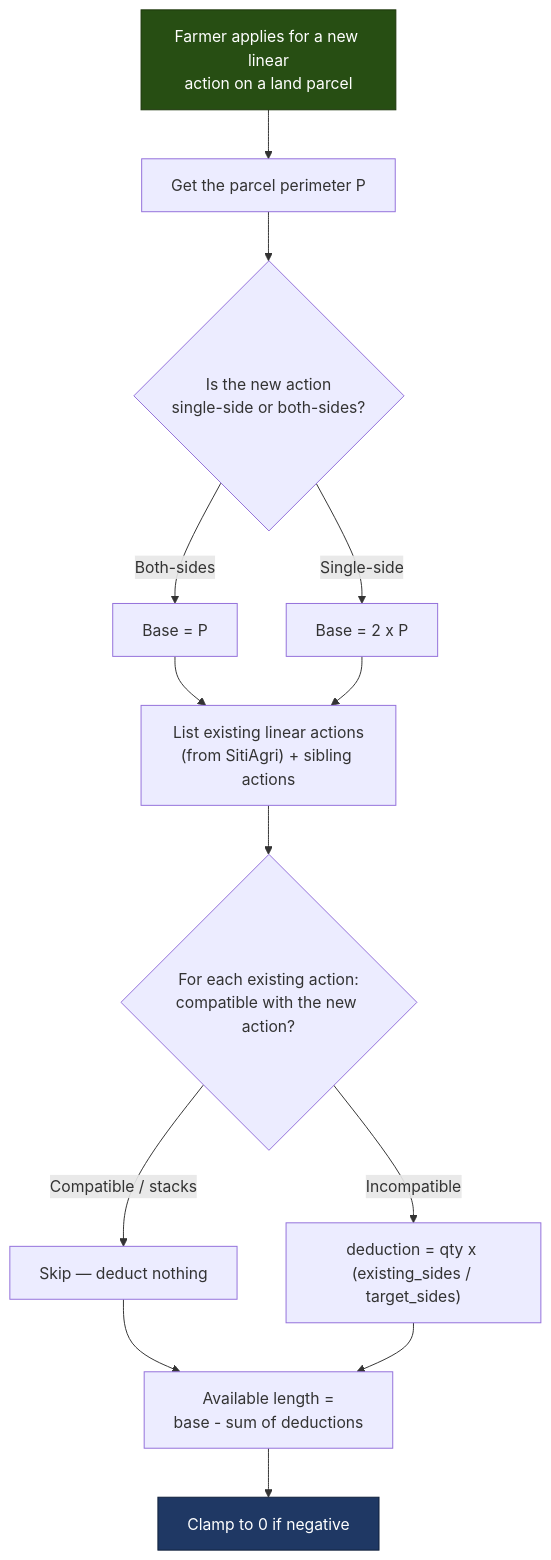
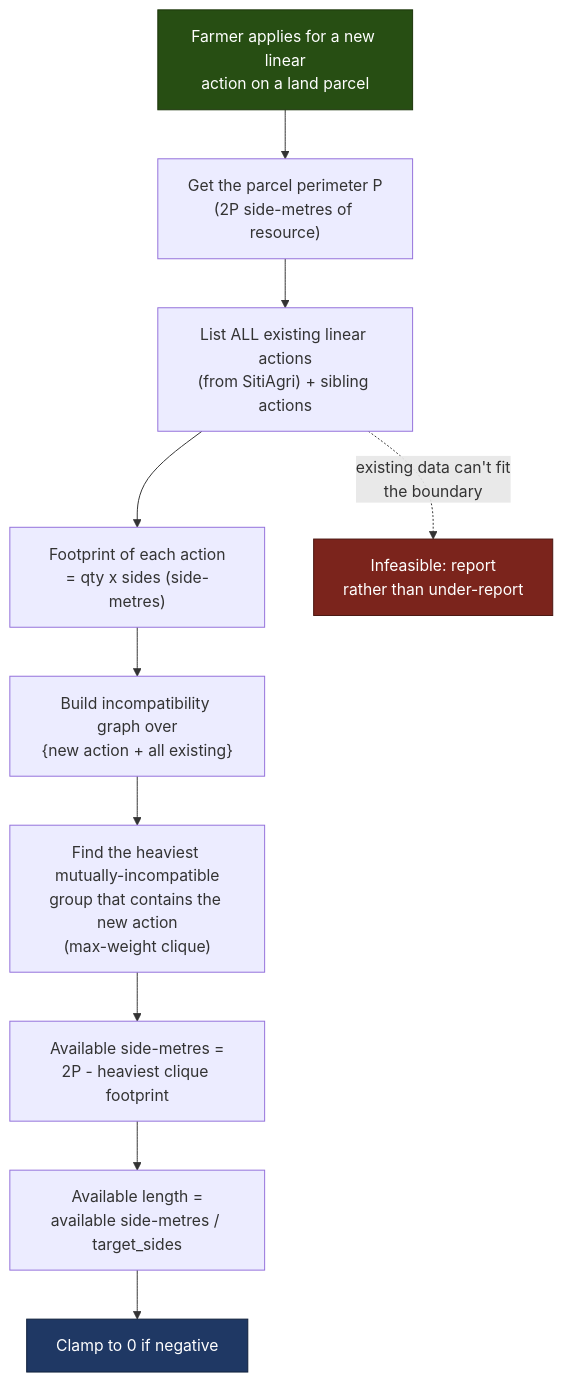
One commit to DEFRA/land-grants-api changed the diagram in docs/available-length-calculation/alc-explained.md. Above: the diagram before and after it, drawn with Mermaid. The commit also changed other lines of this file and 1 other file, not shown here.

First line of the commit message:
docs: model ALC existing-action stacking as an arrangement problem

````diff
--- a/docs/available-length-calculation/alc-explained.md
+++ b/docs/available-length-calculation/alc-explained.md
@@ -239,18 +365,16 @@
 ```mermaid
 flowchart TD
-    A["Farmer applies for a new linear\naction on a land parcel"] --> B["Get the parcel perimeter P"]
-    B --> C{"Is the new action\nsingle-side or both-sides?"}
-    C -->|Both-sides| D["Base = P"]
-    C -->|Single-side| E["Base = 2 x P"]
-    D --> F["List existing linear actions\n(from SitiAgri) + sibling actions"]
-    E --> F
-    F --> G{"For each existing action:\ncompatible with the new action?"}
-    G -->|Compatible / stacks| H["Skip — deduct nothing"]
-    G -->|Incompatible| I["deduction = qty x (existing_sides / target_sides)"]
-    H --> J["Available length =\nbase - sum of deductions"]
-    I --> J
-    J --> K["Clamp to 0 if negative"]
+    A["Farmer applies for a new linear\naction on a land parcel"] --> B["Get the parcel perimeter P\n(2P side-metres of resource)"]
+    B --> C["List ALL existing linear actions\n(from SitiAgri) + sibling actions"]
+    C --> D["Footprint of each action\n= qty x sides (side-metres)"]
+    D --> E["Build incompatibility graph over\n{new action + all existing}"]
+    E --> F["Find the heaviest mutually-incompatible\ngroup that contains the new action\n(max-weight clique)"]
+    F --> G["Available side-metres =\n2P - heaviest clique footprint"]
+    G --> H["Available length =\navailable side-metres / target_sides"]
+    H --> I["Clamp to 0 if negative"]
+    C -. "existing data can't fit\nthe boundary" .-> X["Infeasible: report\nrather than under-report"]
 
     style A fill:#274e13,stroke:#1b3409,color:#ffffff
-    style K fill:#1f3864,stroke:#0f1f3a,color:#ffffff
+    style I fill:#1f3864,stroke:#0f1f3a,color:#ffffff
+    style X fill:#7b241c,stroke:#4a1610,color:#ffffff
 ```
````
